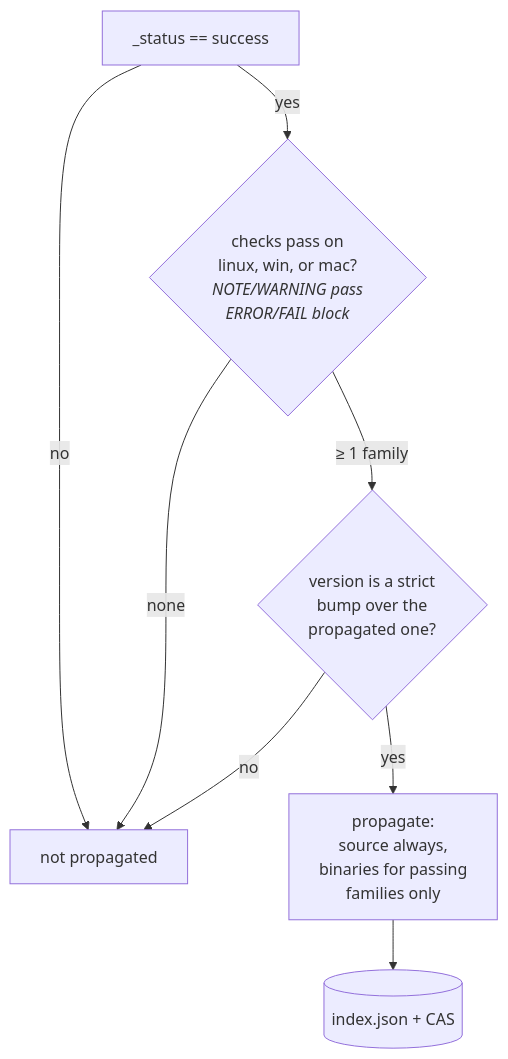
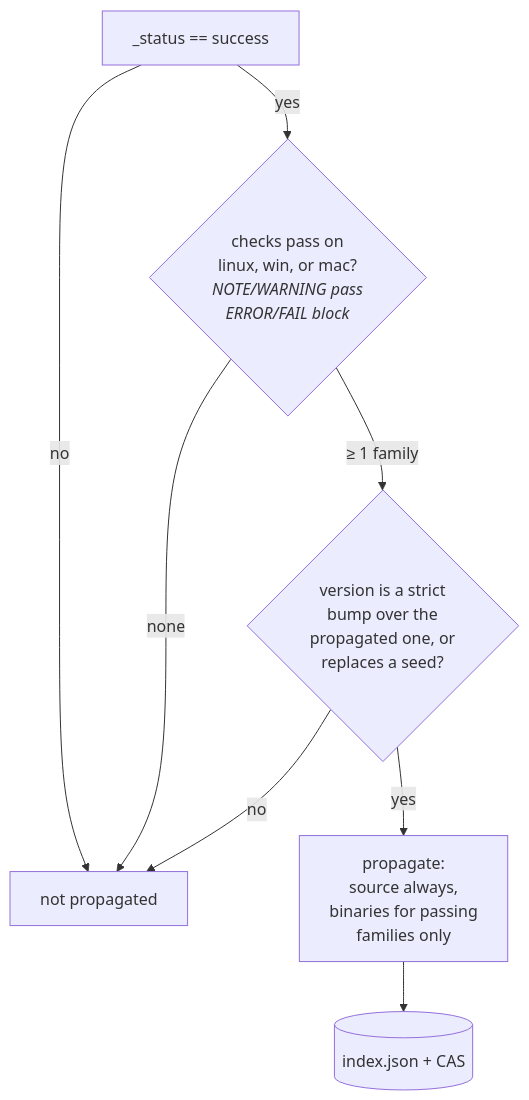
Before and after one commit to seandavi/bioc-infrastructure: the second of 2 diagrams in packages/registry/README.md, drawn with Mermaid. The commit also changed other lines of this file and 5 other files, not shown here.

First line of the commit message:
r-universe gate: let a passing same-version build replace a seed (#78) (#80)

````diff
--- a/packages/registry/README.md
+++ b/packages/registry/README.md
@@ -87,10 +87,10 @@
 ```mermaid
 flowchart TD
   A["_status == success"] -->|no| X["not propagated"]
   A -->|yes| B{"checks pass on<br/>linux, win, or mac?<br/><i>NOTE/WARNING pass<br/>ERROR/FAIL block</i>"}
   B -->|none| X
-  B -->|"≥ 1 family"| C{"version is a strict<br/>bump over the<br/>propagated one?"}
+  B -->|"≥ 1 family"| C{"version is a strict<br/>bump over the<br/>propagated one, or<br/>replaces a seed?"}
   C -->|no| X
   C -->|yes| D["propagate:<br/>source always,<br/>binaries for passing<br/>families only"]
   D --> E[("index.json + CAS")]
 ```
````
